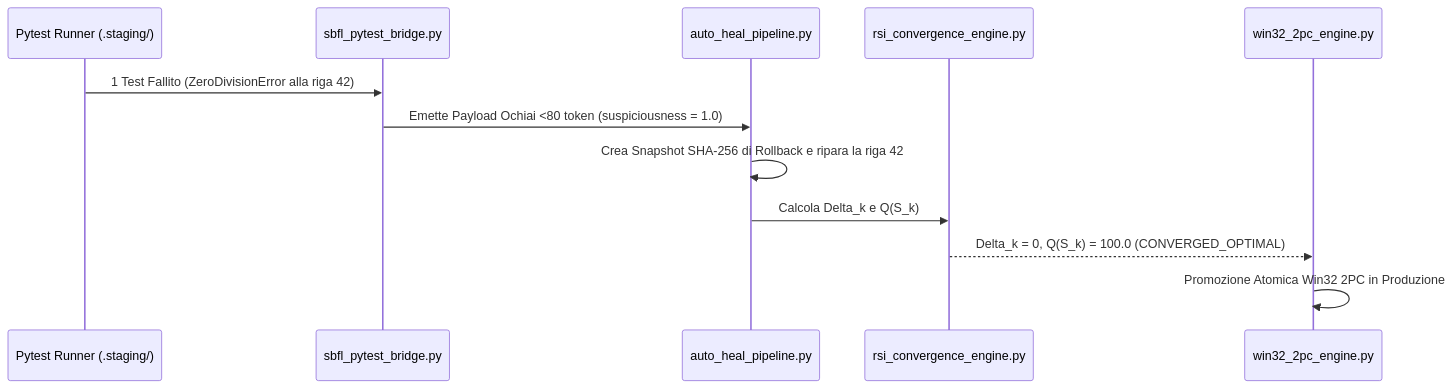
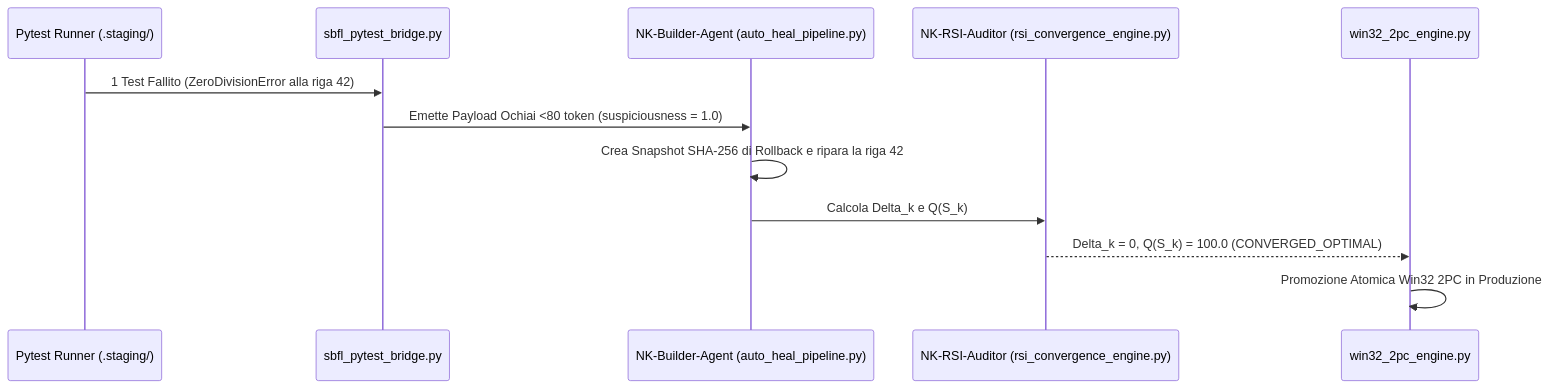
Before and after one commit to erbaldo86/NK-Hub: the second of 2 diagrams in README.it.md, drawn with Mermaid. The commit also changed other lines of this file and 47 other files, not shown here.

````diff
--- a/README.it.md
+++ b/README.it.md
@@ -189,14 +195,14 @@
 ```mermaid
 sequenceDiagram
     participant Test as Pytest Runner (.staging/)
     participant Bridge as sbfl_pytest_bridge.py
-    participant Heal as auto_heal_pipeline.py
-    participant RSI as rsi_convergence_engine.py
+    participant Builder as NK-Builder-Agent (auto_heal_pipeline.py)
+    participant RSI as NK-RSI-Auditor (rsi_convergence_engine.py)
     participant Commit as win32_2pc_engine.py
     Test->>Bridge: 1 Test Fallito (ZeroDivisionError alla riga 42)
-    Bridge->>Heal: Emette Payload Ochiai <80 token (suspiciousness = 1.0)
-    Heal->>Heal: Crea Snapshot SHA-256 di Rollback e ripara la riga 42
-    Heal->>RSI: Calcola Delta_k e Q(S_k)
+    Bridge->>Builder: Emette Payload Ochiai <80 token (suspiciousness = 1.0)
+    Builder->>Builder: Crea Snapshot SHA-256 di Rollback e ripara la riga 42
+    Builder->>RSI: Calcola Delta_k e Q(S_k)
     RSI-->>Commit: Delta_k = 0, Q(S_k) = 100.0 (CONVERGED_OPTIMAL)
     Commit->>Commit: Promozione Atomica Win32 2PC in Produzione
 ```
````
